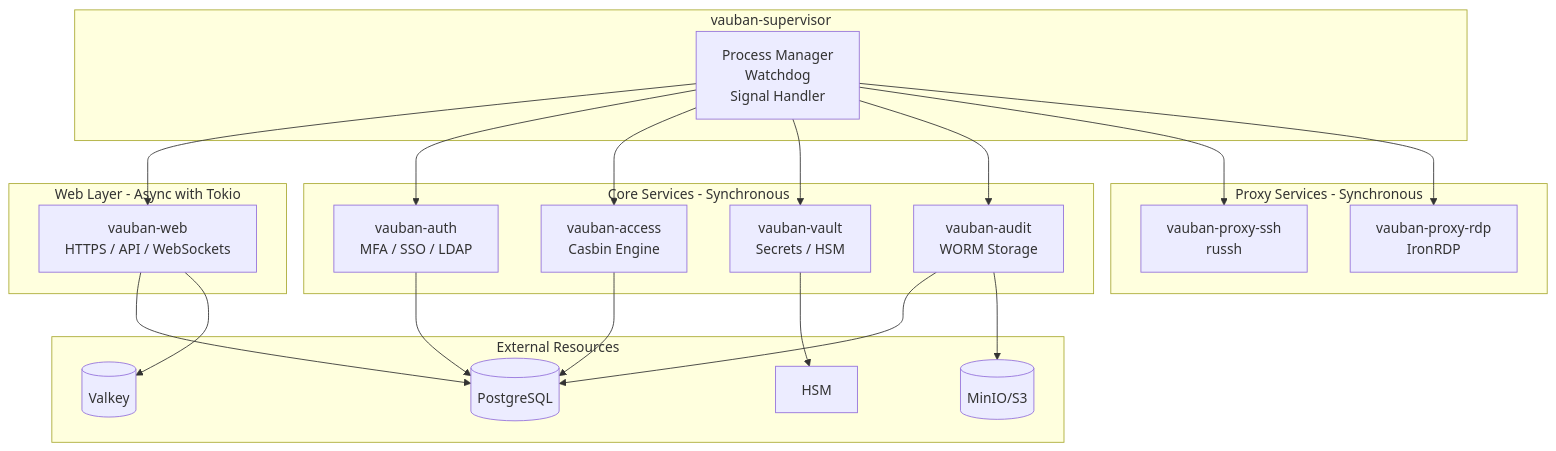
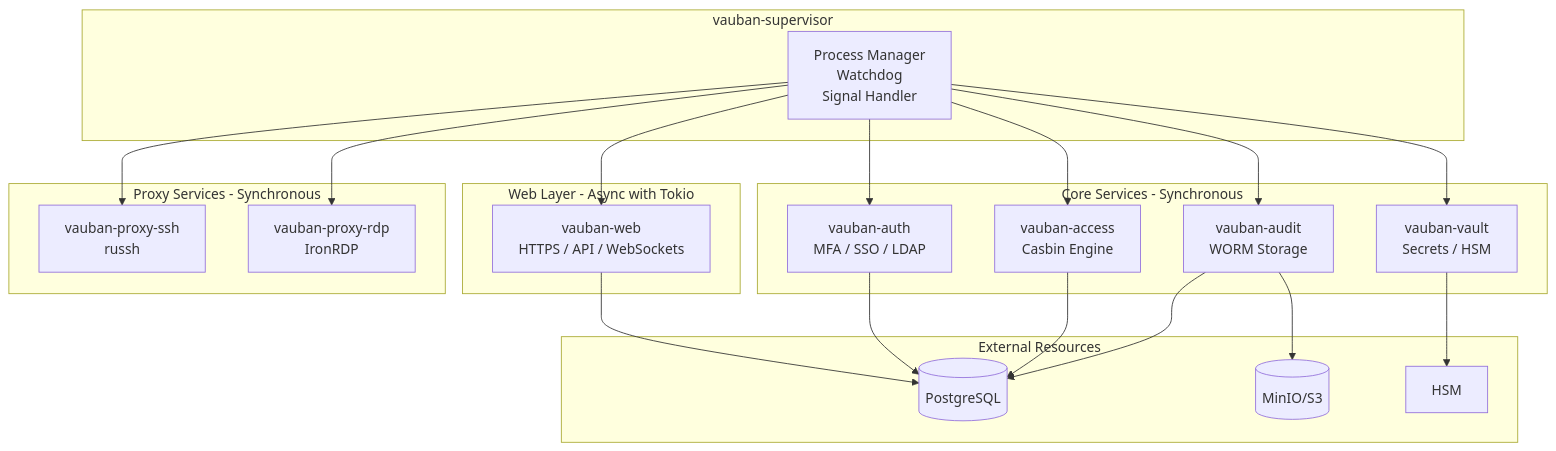
The first of 7 diagrams in docs/technical/Vauban_Privsep_Architecture_EN(1.0).md (rbenaley/Vauban), drawn with Mermaid before and after one commit. The commit also changed other lines of this file and 30 other files, not shown here.

````diff
--- a/docs/technical/Vauban_Privsep_Architecture_EN(1.0).md
+++ b/docs/technical/Vauban_Privsep_Architecture_EN(1.0).md
@@ -65,45 +65,43 @@
 ```mermaid
 flowchart TB
     subgraph supervisor [vauban-supervisor]
         S["Process Manager<br/>Watchdog<br/>Signal Handler"]
     end
 
     subgraph web_layer [Web Layer - Async with Tokio]
         Web["vauban-web<br/>HTTPS / API / WebSockets"]
     end
 
     subgraph core_services [Core Services - Synchronous]
         Auth["vauban-auth<br/>MFA / SSO / LDAP"]
         Access["vauban-access<br/>Casbin Engine"]
         Vault["vauban-vault<br/>Secrets / HSM"]
         Audit["vauban-audit<br/>WORM Storage"]
     end
 
     subgraph proxy_services [Proxy Services - Synchronous]
         SSH["vauban-proxy-ssh<br/>russh"]
         RDP["vauban-proxy-rdp<br/>IronRDP"]
     end
 
     subgraph external [External Resources]
         DB[(PostgreSQL)]
-        Cache[(Valkey)]
         S3[(MinIO/S3)]
         HSM[HSM]
     end
 
     S --> Web
     S --> Auth
     S --> Access
     S --> Vault
     S --> Audit
     S --> SSH
     S --> RDP
 
     Web --> DB
-    Web --> Cache
     Auth --> DB
     Access --> DB
     Audit --> DB
     Audit --> S3
     Vault --> HSM
 ```
````
